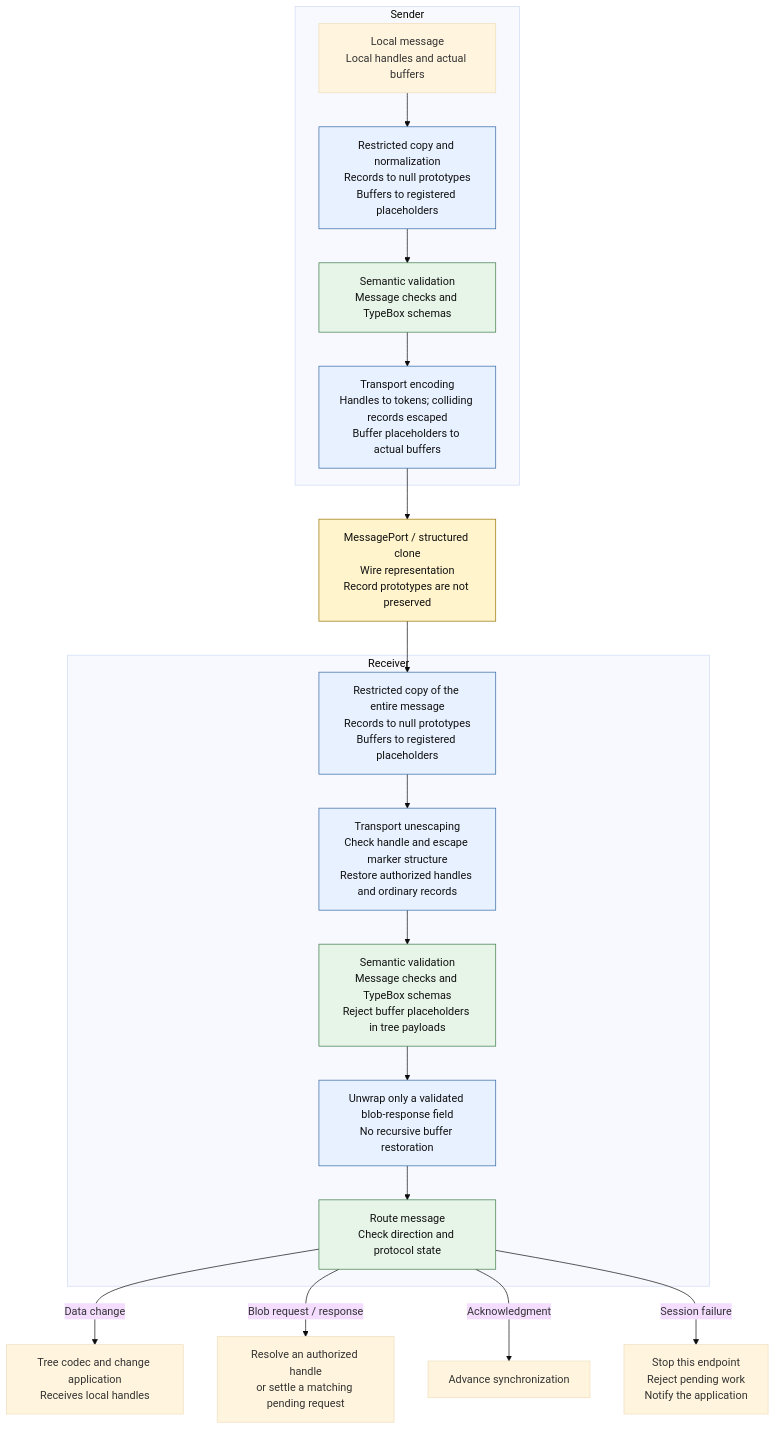
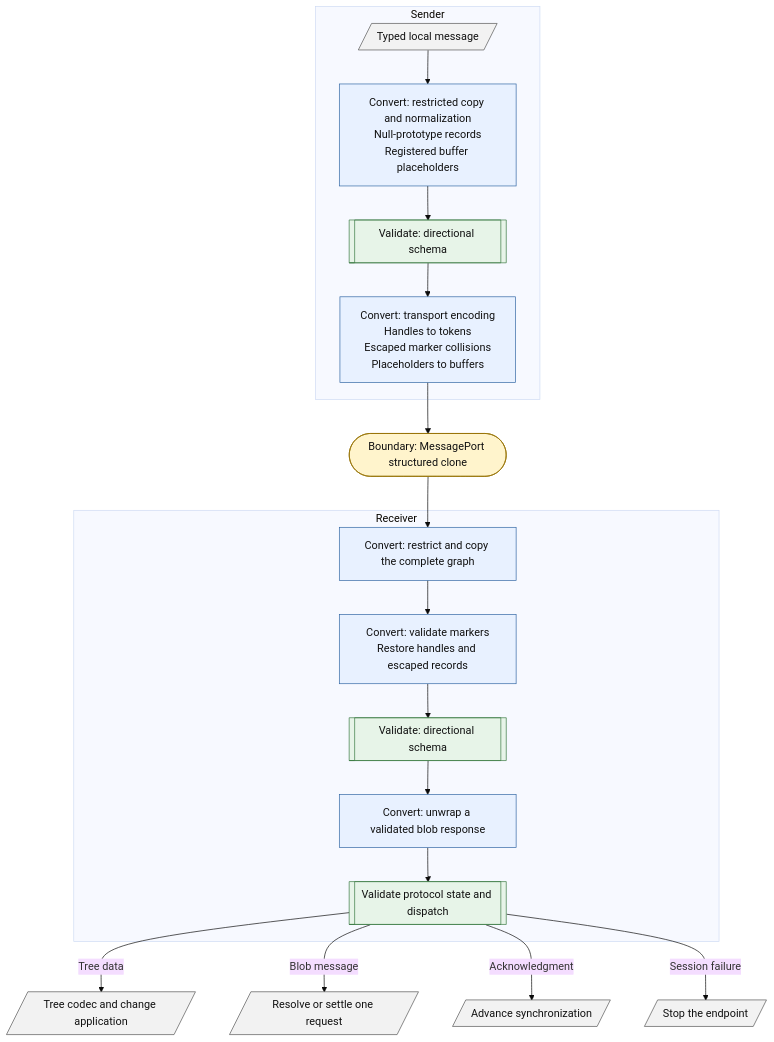
The third of 3 diagrams in packages/dds/tree/src/sandboxing/sandboxing.md (microsoft/FluidFramework), drawn with Mermaid (base theme) before and after one commit. The commit also changed other lines of this file and 12 other files, not shown here.

First line of the commit message:
Cleanup tree host and guest protocol (#28390)

````diff
--- a/packages/dds/tree/src/sandboxing/sandboxing.md
+++ b/packages/dds/tree/src/sandboxing/sandboxing.md
@@ -184,35 +156,37 @@
 ```mermaid
 flowchart TB
     subgraph Sending["Sender"]
-        S["Local message<br/>Local handles and actual buffers"]
-        N["Restricted copy and normalization<br/>Records to null prototypes<br/>Buffers to registered placeholders"]
-        V["Semantic validation<br/>Message checks and TypeBox schemas"]
-        E["Transport encoding<br/>Handles to tokens; colliding records escaped<br/>Buffer placeholders to actual buffers"]
+        S[/"Typed local message"/]
+        N["Convert: restricted copy and normalization<br/>Null-prototype records<br/>Registered buffer placeholders"]
+        V[["Validate: directional schema"]]
+        E["Convert: transport encoding<br/>Handles to tokens<br/>Escaped marker collisions<br/>Placeholders to buffers"]
         S --> N --> V --> E
     end
 
-    W["MessagePort / structured clone<br/>Wire representation<br/>Record prototypes are not preserved"]
+    W(["Boundary: MessagePort structured clone"])
     E --> W
 
     subgraph Receiving["Receiver"]
-        C["Restricted copy of the entire message<br/>Records to null prototypes<br/>Buffers to registered placeholders"]
-        U["Transport unescaping<br/>Check handle and escape marker structure<br/>Restore authorized handles and ordinary records"]
-        Q["Semantic validation<br/>Message checks and TypeBox schemas<br/>Reject buffer placeholders in tree payloads"]
-        B["Unwrap only a validated blob-response field<br/>No recursive buffer restoration"]
-        R["Route message<br/>Check direction and protocol state"]
+        C["Convert: restrict and copy the complete graph"]
+        U["Convert: validate markers<br/>Restore handles and escaped records"]
+        Q[["Validate: directional schema"]]
+        B["Convert: unwrap a validated blob response"]
+        R[["Validate protocol state and dispatch"]]
         C --> U --> Q --> B --> R
     end
 
     W --> C
-    R -->|"Data change"| T["Tree codec and change application<br/>Receives local handles"]
-    R -->|"Blob request / response"| A["Resolve an authorized handle<br/>or settle a matching pending request"]
-    R -->|"Acknowledgment"| K["Advance synchronization"]
-    R -->|"Session failure"| X["Stop this endpoint<br/>Reject pending work<br/>Notify the application"]
+    R -->|"Tree data"| T[/"Tree codec and change application"/]
+    R -->|"Blob message"| H[/"Resolve or settle one request"/]
+    R -->|"Acknowledgment"| A[/"Advance synchronization"/]
+    R -->|"Session failure"| X[/"Stop the endpoint"/]
 
     classDef conversion fill:#e8f1ff,stroke:#3166a3,color:#111;
     classDef validation fill:#e7f4e8,stroke:#397a42,color:#111;
     classDef boundary fill:#fff4cc,stroke:#967000,color:#111;
+    classDef outcome fill:#f2f2f2,stroke:#555,color:#111;
     class N,E,C,U,B conversion;
     class V,Q,R validation;
     class W boundary;
+    class S,T,H,A,X outcome;
 ```
````
